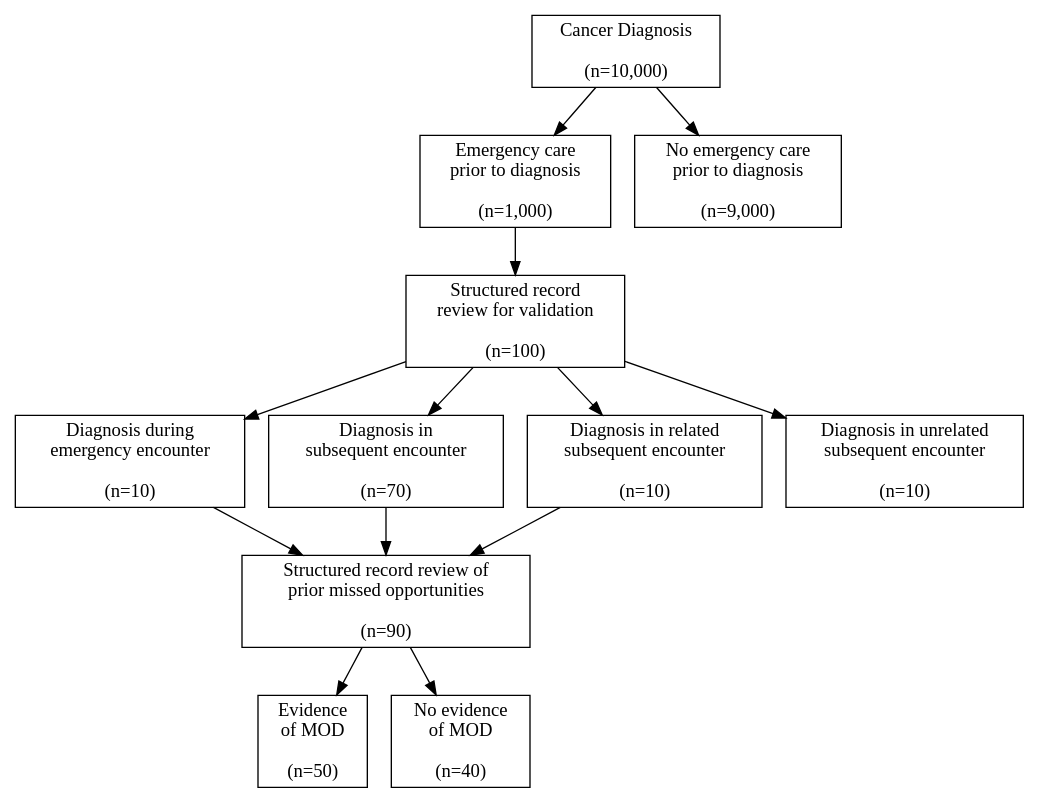
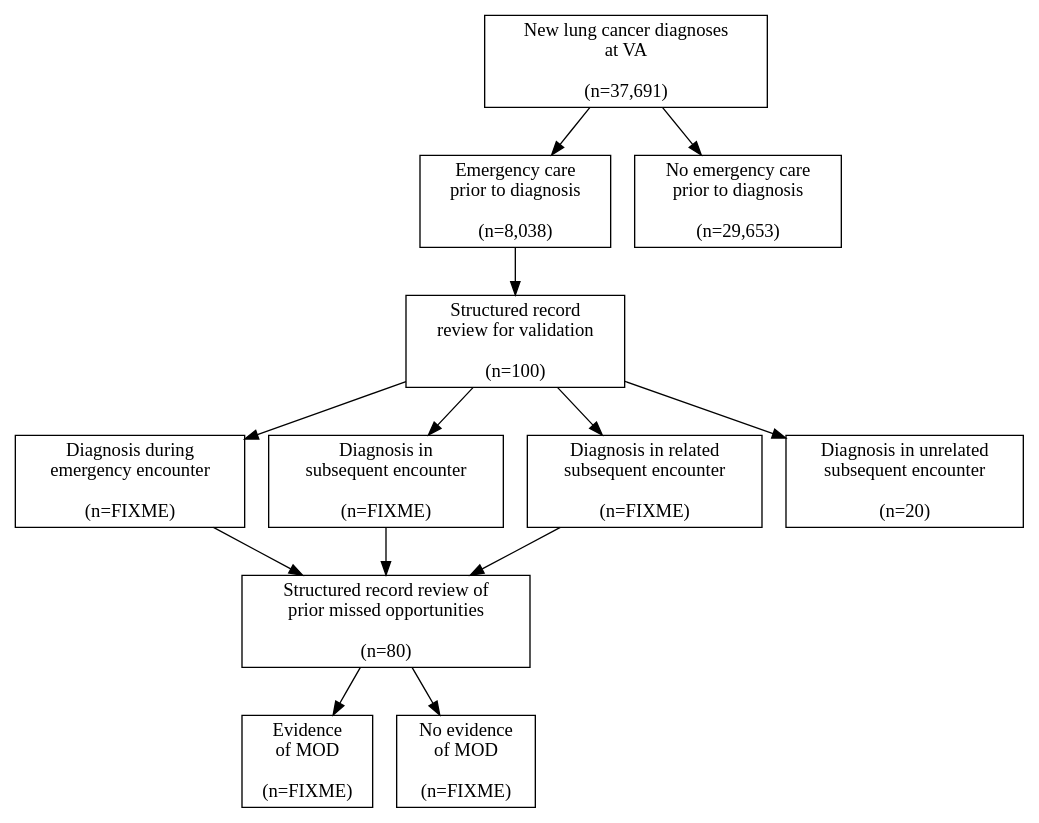
One commit to zimolzak/MooreMeasures changed the diagram in consort.dot. Above: the diagram before and after it, drawn with Graphviz.

Commit message:
fix some numbers

```diff
--- a/consort.dot
+++ b/consort.dot
@@ -1,48 +1,48 @@
 digraph{
 
 # Nodes
 
-cancer_dx[shape=rectangle, label="Cancer Diagnosis\n\n(n=10,000)"]
+cancer_dx[shape=rectangle, label="New lung cancer diagnoses\nat VA\n\n(n=37,691)"]
 
-emerg[shape=rectangle, label="Emergency care\nprior to diagnosis\n\n(n=1,000)"]
+emerg[shape=rectangle, label="Emergency care\nprior to diagnosis\n\n(n=8,038)"]
 
-no_emerg[shape=rectangle, label="No emergency care\nprior to diagnosis\n\n(n=9,000)"]
+no_emerg[shape=rectangle, label="No emergency care\nprior to diagnosis\n\n(n=29,653)"]
 
 review_sample[shape=rectangle, label="Structured record\nreview for validation\n\n(n=100)"]
 
-dx_during_type1[shape=rectangle, label="Diagnosis during\nemergency encounter\n\n(n=10)"]
+dx_during_type1[shape=rectangle, label="Diagnosis during\nemergency encounter\n\n(n=FIXME)"]
 
-dx_later_type2[shape=rectangle, label="Diagnosis in\nsubsequent encounter\n\n(n=70)"]
+dx_later_type2[shape=rectangle, label="Diagnosis in\nsubsequent encounter\n\n(n=FIXME)"]
 
-dx_related_type3_incidental[shape=rectangle, label="Diagnosis in related\nsubsequent encounter\n\n(n=10)"]
+dx_related_type3_incidental[shape=rectangle, label="Diagnosis in related\nsubsequent encounter\n\n(n=FIXME)"]
 
-dx_unrelated_nonEP_FP[shape=rectangle, label="Diagnosis in unrelated\nsubsequent encounter\n\n(n=10)"]
+dx_unrelated_nonEP_FP[shape=rectangle, label="Diagnosis in unrelated\nsubsequent encounter\n\n(n=20)"]
 
-MOD_review[shape=rectangle, label="Structured record review of\nprior missed opportunities\n\n(n=90)"]
+MOD_review[shape=rectangle, label="Structured record review of\nprior missed opportunities\n\n(n=80)"]
 
-yes_MOD[shape=rectangle, label="Evidence\nof MOD\n\n(n=50)"]
+yes_MOD[shape=rectangle, label="Evidence\nof MOD\n\n(n=FIXME)"]
 
-no_MOD[shape=rectangle, label="No evidence\nof MOD\n\n(n=40)"]
+no_MOD[shape=rectangle, label="No evidence\nof MOD\n\n(n=FIXME)"]
 
 
 
 
 # Edges
 
 cancer_dx -> emerg
 cancer_dx -> no_emerg
 
 emerg -> review_sample
 review_sample -> dx_during_type1
 review_sample -> dx_later_type2
 review_sample -> dx_related_type3_incidental
 review_sample -> dx_unrelated_nonEP_FP
 
 dx_during_type1 -> MOD_review
 dx_later_type2 -> MOD_review
 dx_related_type3_incidental -> MOD_review
 
 MOD_review -> yes_MOD
 MOD_review -> no_MOD
 
 }
```
